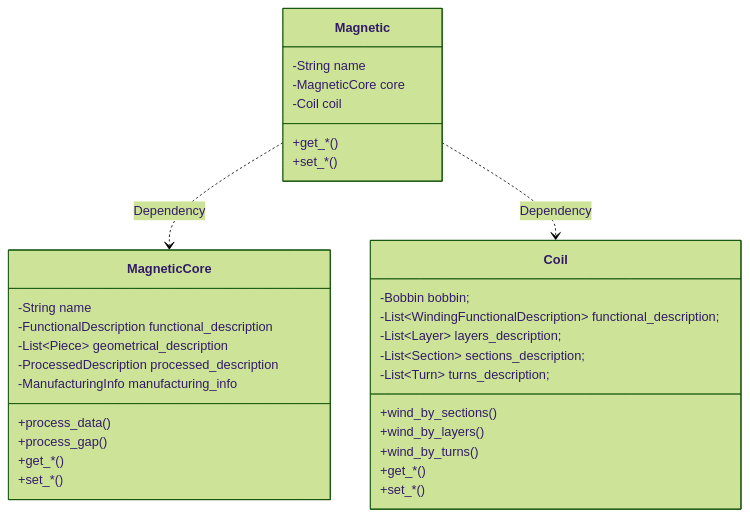
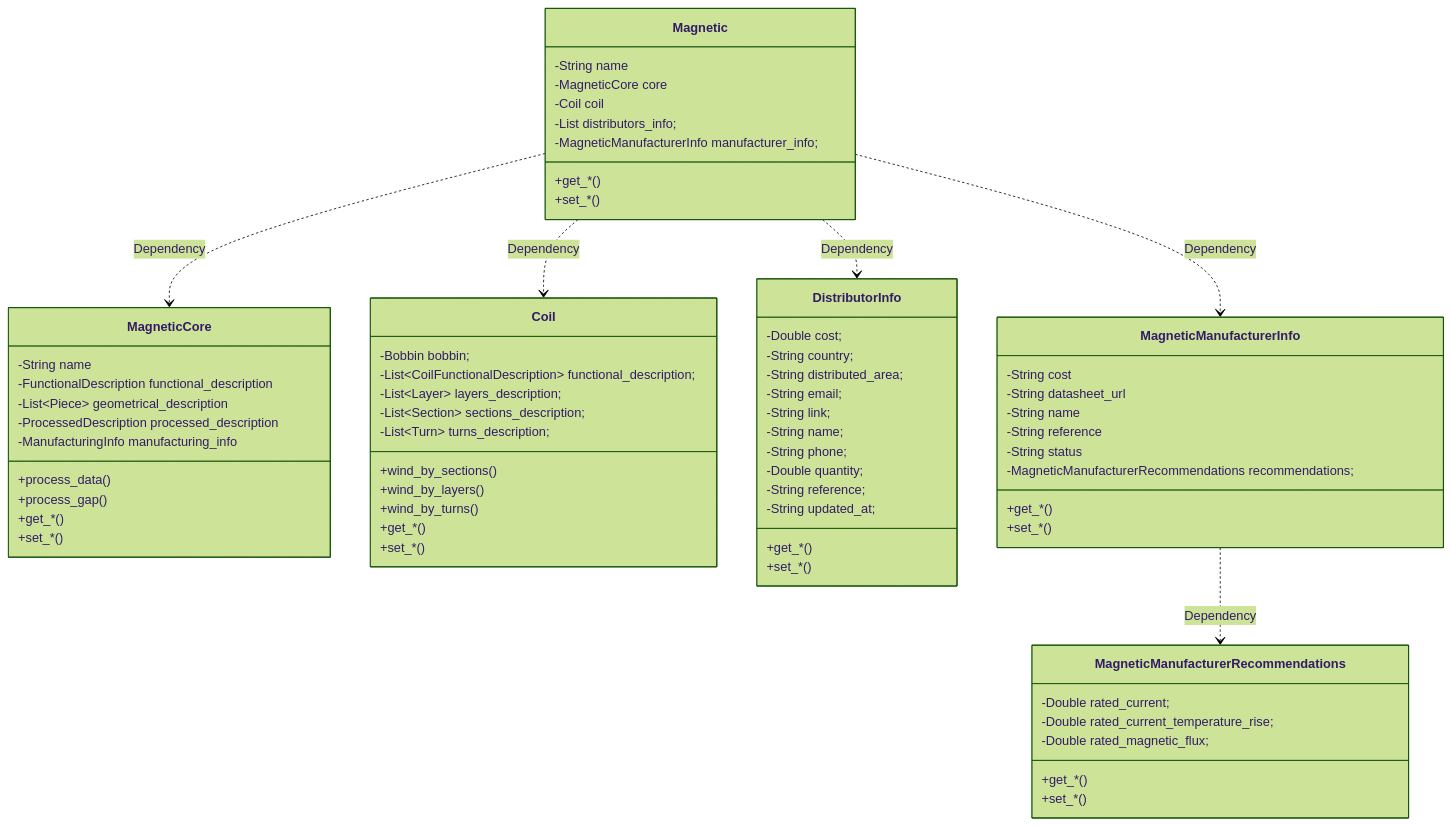
One commit to OpenMagnetics/MAS changed the diagram in docs/magnetic.md. Above: the diagram before and after it, drawn with Mermaid (forest theme). The commit also changed 13 other files, not shown here.

Commit message:
Renamed winding for coil, and Processed by ProcessedData in inputs

````diff
--- a/docs/magnetic.md
+++ b/docs/magnetic.md
@@ -22,14 +22,18 @@
     -String name
     -MagneticCore core
     -Coil coil
+    -List<DistributorInfo> distributors_info;
+    -MagneticManufacturerInfo manufacturer_info;
 
     +get_*()
     +set_*()
     
 }
+
 Magnetic ..> MagneticCore : Dependency
 Magnetic ..> Coil : Dependency
-
+Magnetic ..> DistributorInfo : Dependency
+Magnetic ..> MagneticManufacturerInfo : Dependency
 
 class MagneticCore {
 
@@ -47,7 +51,7 @@
 
 class Coil {
     -Bobbin bobbin;
-    -List~WindingFunctionalDescription~ functional_description;
+    -List~CoilFunctionalDescription~ functional_description;
     -List~Layer~ layers_description;
     -List~Section~ sections_description;
     -List~Turn~ turns_description;
@@ -59,4 +63,41 @@
     +set_*()
 }
 
+class MagneticManufacturerInfo {
+    -String cost
+    -String datasheet_url
+    -String name
+    -String reference
+    -String status
+    -MagneticManufacturerRecommendations recommendations;
+
+    +get_*()
+    +set_*()
+}
+class DistributorInfo {
+    -Double cost;
+    -String country;
+    -String distributed_area;
+    -String email;
+    -String link;
+    -String name;
+    -String phone;
+    -Double quantity;
+    -String reference;
+    -String updated_at;
+
+    +get_*()
+    +set_*()
+}
+MagneticManufacturerInfo ..> MagneticManufacturerRecommendations : Dependency
+
+class MagneticManufacturerRecommendations {
+    -Double rated_current;
+    -Double rated_current_temperature_rise;
+    -Double rated_magnetic_flux;
+
+    +get_*()
+    +set_*()
+}
+
 ```
````
